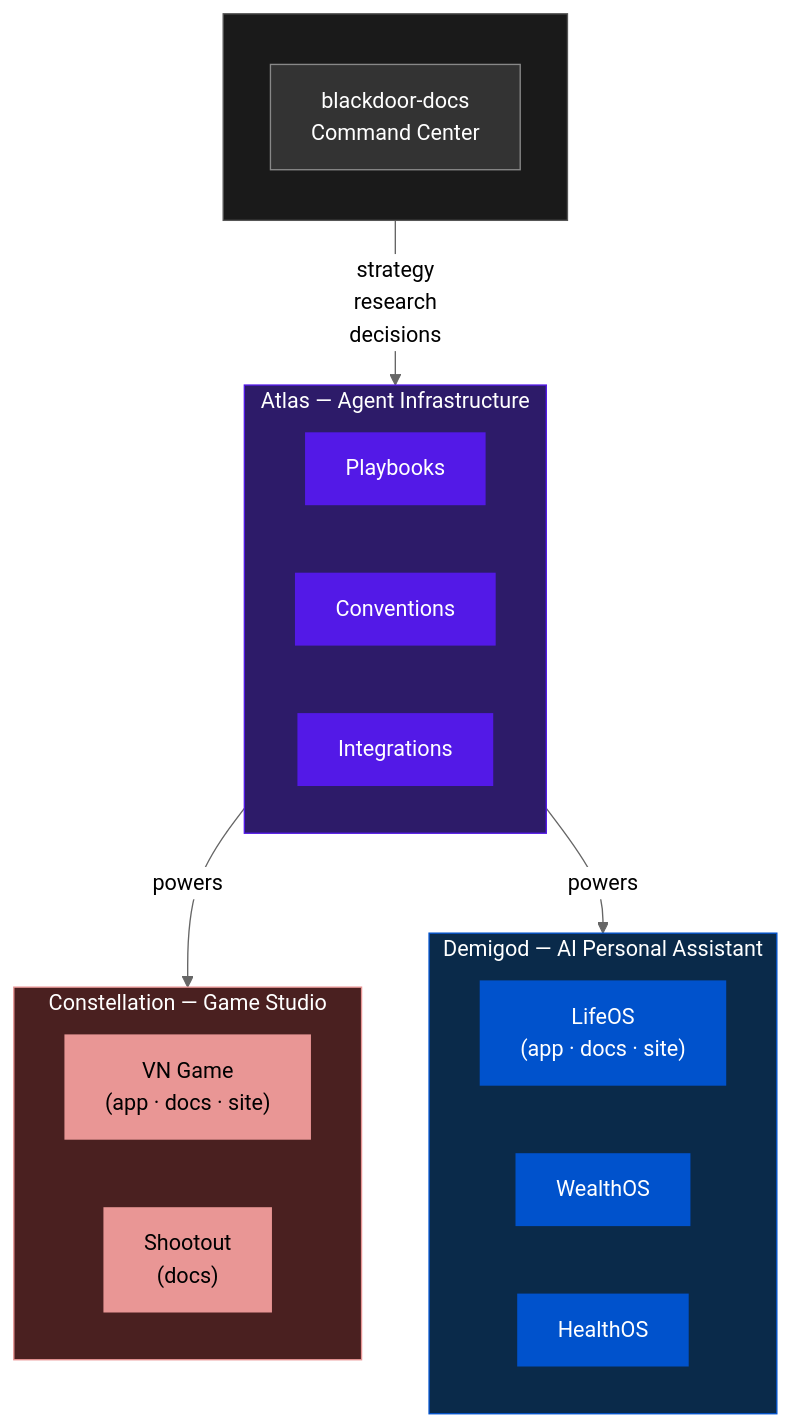
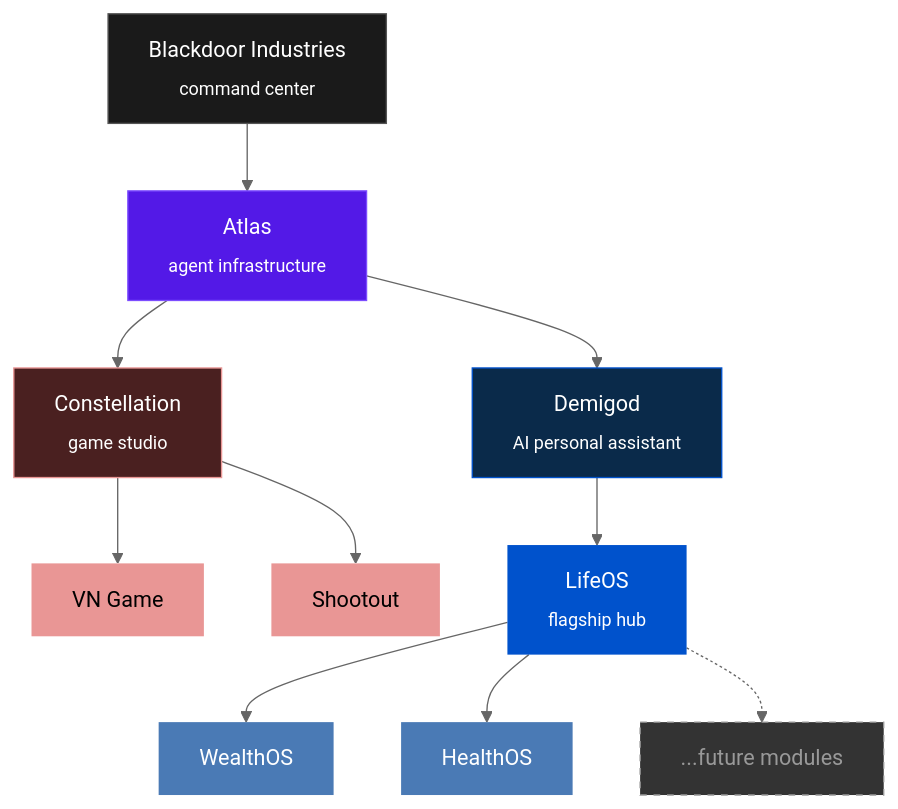
One commit to Blackdoor-Industries/.github changed the first of 2 diagrams in profile/README.md. Above: the diagram before and after it, drawn with Mermaid (neutral theme). The commit also changed other lines of this file, not shown here.

````diff
--- a/profile/README.md
+++ b/profile/README.md
@@ -11,45 +22,35 @@
 ```mermaid
-flowchart TB
-    subgraph BLACKDOOR [" "]
-        direction TB
-        CMD["blackdoor-docs\nCommand Center"]
-    end
+graph TD
+    BD["Blackdoor Industries<br><sub>command center</sub>"]
+    ATLAS["Atlas<br><sub>agent infrastructure</sub>"]
+    CONST["Constellation<br><sub>game studio</sub>"]
+    DEMI["Demigod<br><sub>AI personal assistant</sub>"]
 
-    subgraph ATLAS ["Atlas — Agent Infrastructure"]
-        direction LR
-        A1["Playbooks"]
-        A2["Conventions"]
-        A3["Integrations"]
-    end
+    VN["VN Game"]
+    SHOOT["Shootout"]
+    LIFE["LifeOS<br><sub>flagship hub</sub>"]
+    WEALTH["WealthOS"]
+    HEALTH["HealthOS"]
+    FUTURE["...future modules"]
 
-    subgraph CONSTELLATION ["Constellation — Game Studio"]
-        direction LR
-        C1["VN Game\n(app · docs · site)"]
-        C2["Shootout\n(docs)"]
-    end
+    BD --> ATLAS
+    ATLAS --> CONST
+    ATLAS --> DEMI
+    CONST --> VN
+    CONST --> SHOOT
+    DEMI --> LIFE
+    LIFE --> WEALTH
+    LIFE --> HEALTH
+    LIFE -.-> FUTURE
 
-    subgraph DEMIGOD ["Demigod — AI Personal Assistant"]
-        direction LR
-        D1["LifeOS\n(app · docs · site)"]
-        D2["WealthOS"]
-        D3["HealthOS"]
-    end
-
-    CMD -- "strategy\nresearch\ndecisions" --> ATLAS
-    ATLAS -- "powers" --> CONSTELLATION
-    ATLAS -- "powers" --> DEMIGOD
-
-    style BLACKDOOR fill:#1a1a1a,stroke:#555,color:#fff
-    style CMD fill:#333,color:#fff,stroke:#888
-    style ATLAS fill:#2d1b69,stroke:#5319e7,color:#fff
-    style A1 fill:#5319e7,color:#fff,stroke:none
-    style A2 fill:#5319e7,color:#fff,stroke:none
-    style A3 fill:#5319e7,color:#fff,stroke:none
-    style CONSTELLATION fill:#4a2020,stroke:#e99695,color:#fff
-    style C1 fill:#e99695,color:#000,stroke:none
-    style C2 fill:#e99695,color:#000,stroke:none
-    style DEMIGOD fill:#0a2a4a,stroke:#0052cc,color:#fff
-    style D1 fill:#0052cc,color:#fff,stroke:none
-    style D2 fill:#0052cc,color:#fff,stroke:none
-    style D3 fill:#0052cc,color:#fff,stroke:none
+    style BD fill:#1a1a1a,stroke:#555,color:#fff
+    style ATLAS fill:#5319e7,color:#fff,stroke:#7c4dff
+    style CONST fill:#4a2020,color:#fff,stroke:#e99695
+    style DEMI fill:#0a2a4a,color:#fff,stroke:#0052cc
+    style VN fill:#e99695,color:#000,stroke:none
+    style SHOOT fill:#e99695,color:#000,stroke:none
+    style LIFE fill:#0052cc,color:#fff,stroke:none
+    style WEALTH fill:#4a7ab5,color:#fff,stroke:none
+    style HEALTH fill:#4a7ab5,color:#fff,stroke:none
+    style FUTURE fill:#333,color:#999,stroke-dasharray:5 5
 ```
````
